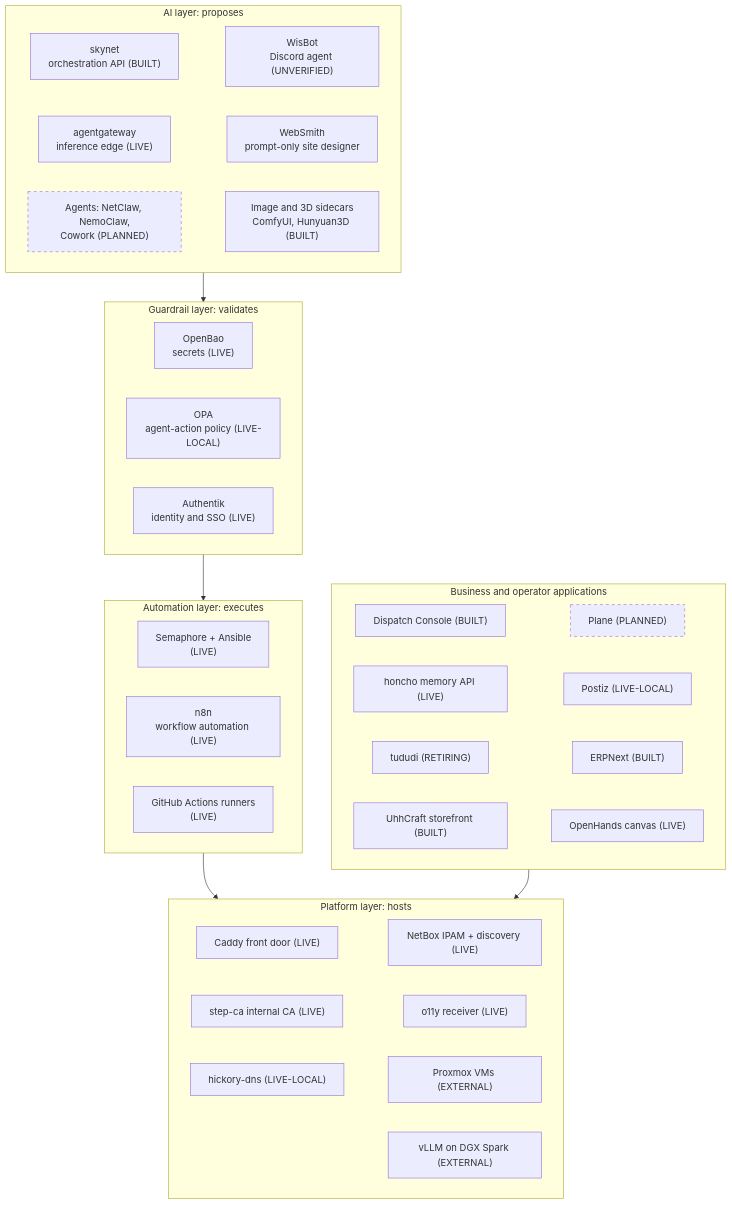
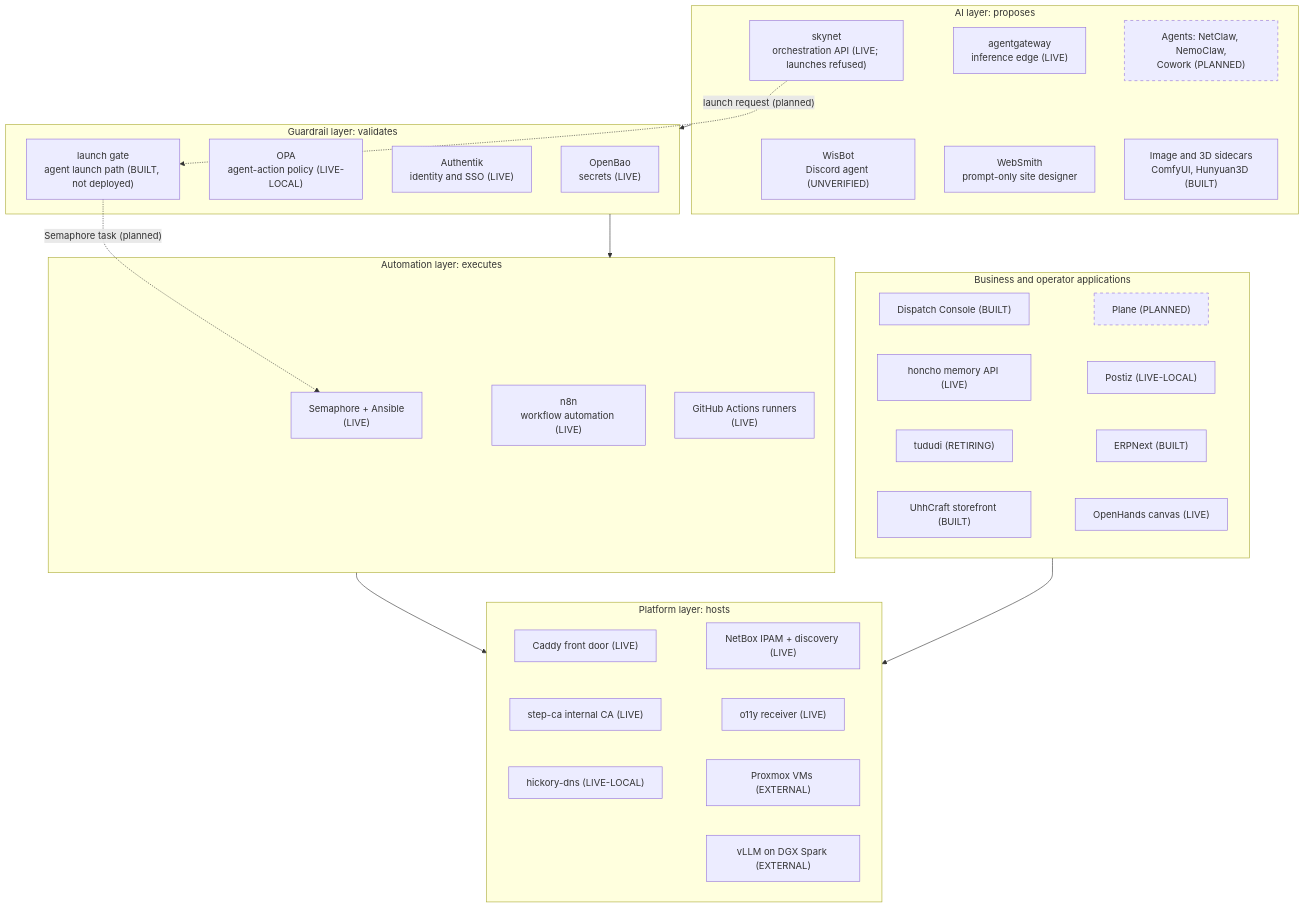
Before and after one commit to uhstray-io/agent-cloud: the first of 10 diagrams in plan/architecture/service-architecture.md, drawn with Mermaid. The commit also changed other lines of this file, not shown here.

First line of the commit message:
docs(architecture): correct service map to production evidence

````diff
--- a/plan/architecture/service-architecture.md
+++ b/plan/architecture/service-architecture.md
@@ -80,54 +80,57 @@
 ```mermaid
 flowchart TD
     subgraph AI["AI layer: proposes"]
-        SKYNET["skynet<br/>orchestration API (BUILT)"]
+        SKYNET["skynet<br/>orchestration API (LIVE; launches refused)"]
         AGW["agentgateway<br/>inference edge (LIVE)"]
         AGENTS["Agents: NetClaw, NemoClaw,<br/>Cowork (PLANNED)"]
         WISBOT["WisBot<br/>Discord agent (UNVERIFIED)"]
         WEBSMITH["WebSmith<br/>prompt-only site designer"]
         SIDE["Image and 3D sidecars<br/>ComfyUI, Hunyuan3D (BUILT)"]
     end
     subgraph GR["Guardrail layer: validates"]
         BAO["OpenBao<br/>secrets (LIVE)"]
         OPA["OPA<br/>agent-action policy (LIVE-LOCAL)"]
         AK["Authentik<br/>identity and SSO (LIVE)"]
+        LG["launch gate<br/>agent launch path (BUILT, not deployed)"]
     end
     subgraph AUTO["Automation layer: executes"]
         SEM["Semaphore + Ansible<br/>(LIVE)"]
         N8N["n8n<br/>workflow automation (LIVE)"]
         RUNNERS["GitHub Actions runners<br/>(LIVE)"]
     end
     subgraph APPS["Business and operator applications"]
         CONSOLE["Dispatch Console (BUILT)"]
         HONCHO["honcho memory API (LIVE)"]
         TUDUDI["tududi (RETIRING)"]
         PLANE["Plane (PLANNED)"]
         POSTIZ["Postiz (LIVE-LOCAL)"]
         ERP["ERPNext (BUILT)"]
         UHH["UhhCraft storefront (BUILT)"]
         OH["OpenHands canvas (LIVE)"]
     end
     subgraph PLAT["Platform layer: hosts"]
         CADDY["Caddy front door (LIVE)"]
         CA["step-ca internal CA (LIVE)"]
         DNS["hickory-dns (LIVE-LOCAL)"]
         NB["NetBox IPAM + discovery (LIVE)"]
         O11Y["o11y receiver (LIVE)"]
         PVE["Proxmox VMs (EXTERNAL)"]
         VLLM["vLLM on DGX Spark (EXTERNAL)"]
     end
     SKYNET ~~~ WISBOT
     AGW ~~~ WEBSMITH
     AGENTS ~~~ SIDE
     CONSOLE ~~~ PLANE
     HONCHO ~~~ POSTIZ
     TUDUDI ~~~ ERP
     UHH ~~~ OH
     CADDY ~~~ NB
     CA ~~~ O11Y
     DNS ~~~ PVE
+    SKYNET -.->|"launch request (planned)"| LG
+    LG -.->|"Semaphore task (planned)"| SEM
     AI --> GR --> AUTO --> PLAT
     APPS --> PLAT
     style PLANE stroke-dasharray: 5 5
     style AGENTS stroke-dasharray: 5 5
 ```
````
